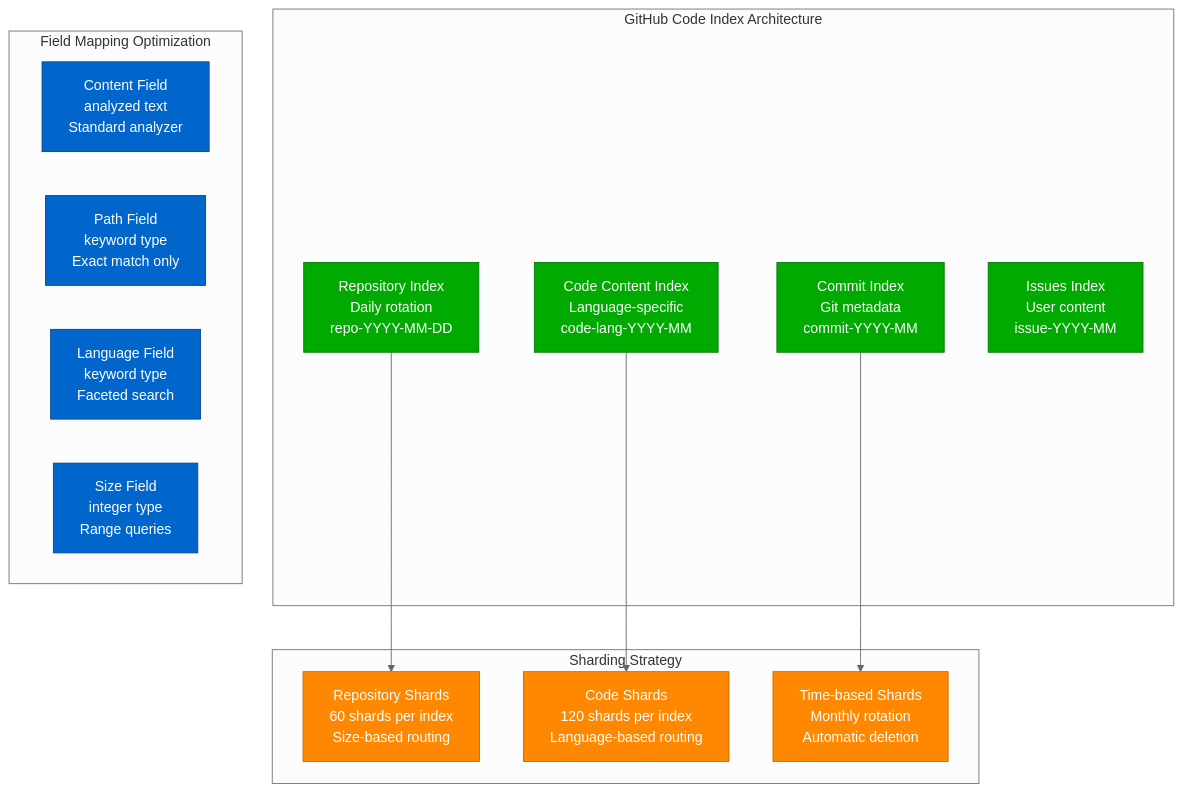
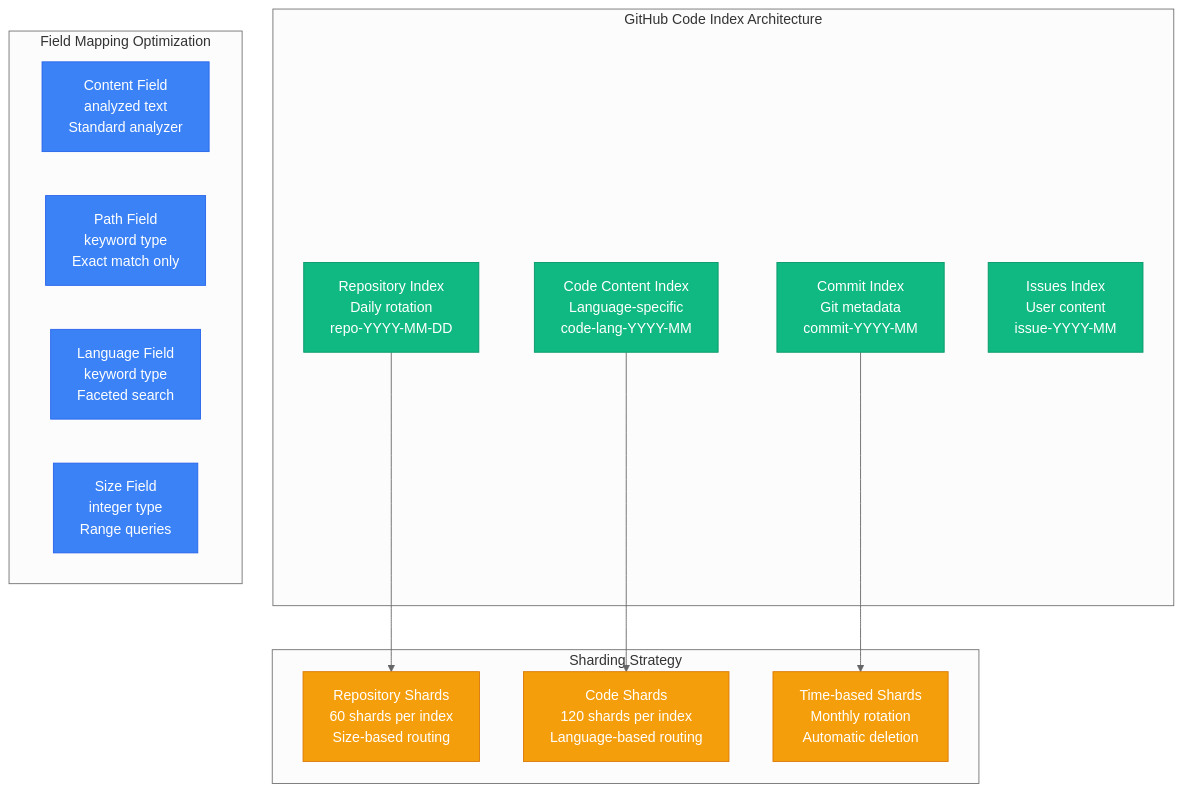
One commit to deepaucksharma/DS changed the third of 7 diagrams in site/docs/performance/elasticsearch-100tb-performance.md. Above: the diagram before and after it, drawn with Mermaid (neutral theme). The commit also changed other lines of this file and 187 other files, not shown here.

````diff
--- a/site/docs/performance/elasticsearch-100tb-performance.md
+++ b/site/docs/performance/elasticsearch-100tb-performance.md
@@ -106,34 +106,34 @@
 ```mermaid
 graph TB
     subgraph IndexArchitecture[GitHub Code Index Architecture]
         REPO[Repository Index<br/>Daily rotation<br/>repo-YYYY-MM-DD]
         CODE[Code Content Index<br/>Language-specific<br/>code-lang-YYYY-MM]
         COMMIT[Commit Index<br/>Git metadata<br/>commit-YYYY-MM]
         ISSUE[Issues Index<br/>User content<br/>issue-YYYY-MM]
     end
 
     subgraph ShardStrategy[Sharding Strategy]
         REPO_SHARD[Repository Shards<br/>60 shards per index<br/>Size-based routing]
         CODE_SHARD[Code Shards<br/>120 shards per index<br/>Language-based routing]
         TIME_SHARD[Time-based Shards<br/>Monthly rotation<br/>Automatic deletion]
     end
 
     subgraph MappingOptimization[Field Mapping Optimization]
         CONTENT[Content Field<br/>analyzed text<br/>Standard analyzer]
         PATH[Path Field<br/>keyword type<br/>Exact match only]
         LANG[Language Field<br/>keyword type<br/>Faceted search]
         SIZE[Size Field<br/>integer type<br/>Range queries]
     end
 
     REPO --> REPO_SHARD
     CODE --> CODE_SHARD
     COMMIT --> TIME_SHARD
 
-    classDef indexStyle fill:#00AA00,stroke:#007700,color:#fff
-    classDef shardStyle fill:#FF8800,stroke:#CC6600,color:#fff
-    classDef mappingStyle fill:#0066CC,stroke:#004499,color:#fff
+    classDef indexStyle fill:#10B981,stroke:#059669,color:#fff
+    classDef shardStyle fill:#F59E0B,stroke:#D97706,color:#fff
+    classDef mappingStyle fill:#3B82F6,stroke:#2563EB,color:#fff
 
     class REPO,CODE,COMMIT,ISSUE indexStyle
     class REPO_SHARD,CODE_SHARD,TIME_SHARD shardStyle
     class CONTENT,PATH,LANG,SIZE mappingStyle
 ```
````
